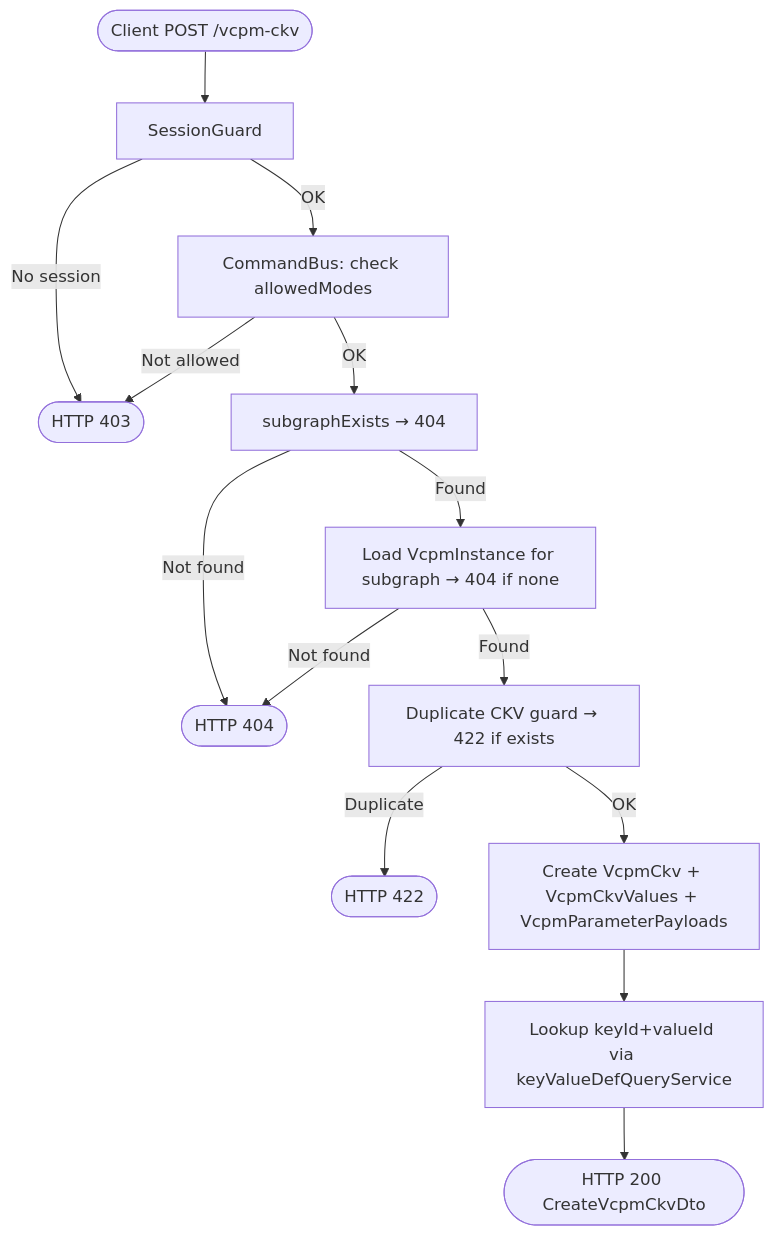
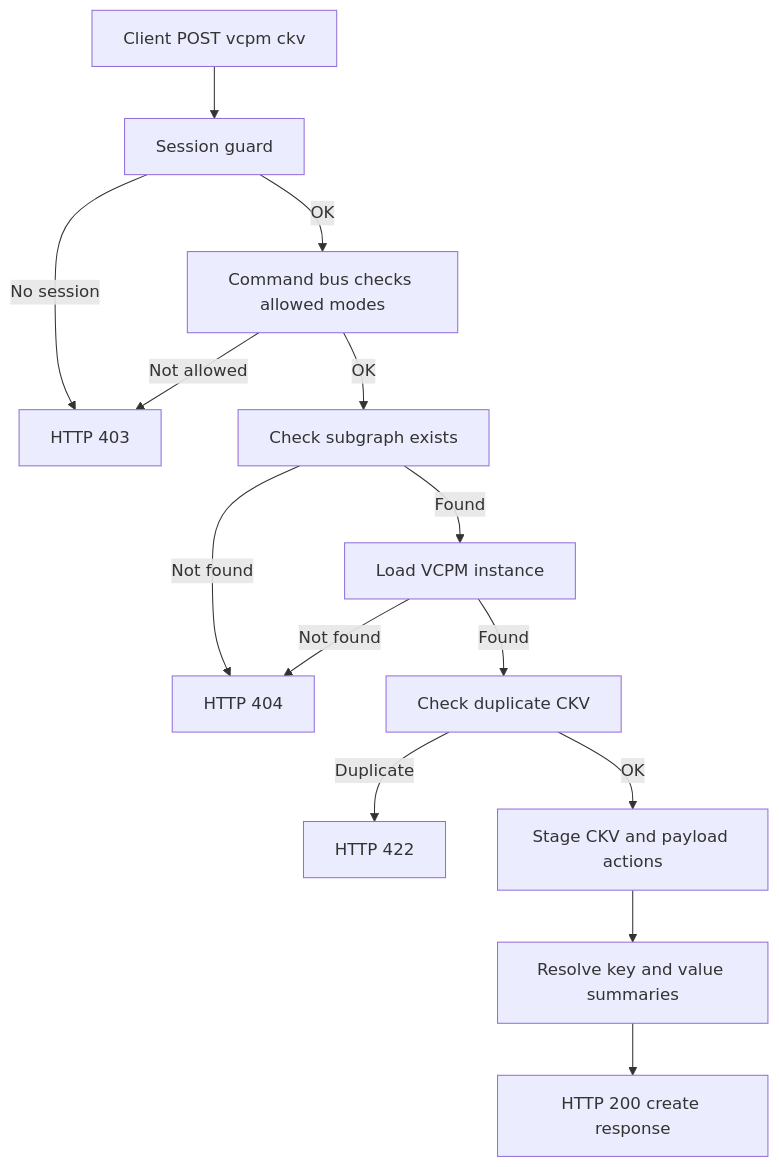
One commit to AudioReach/audioreach-creator-backend changed the first of 3 diagrams in docs/property-data/design/set-subgraph-vcpm-ckv-design.md. Above: the diagram before and after it, drawn with Mermaid. The commit also changed other lines of this file and 34 other files, not shown here.

````diff
--- a/docs/property-data/design/set-subgraph-vcpm-ckv-design.md
+++ b/docs/property-data/design/set-subgraph-vcpm-ckv-design.md
@@ -39,16 +55,16 @@
 ```mermaid
 flowchart TD
-    A([Client POST /vcpm-ckv]) --> B[SessionGuard]
-    B -->|No session| C([HTTP 403])
-    B -->|OK| D[CommandBus: check allowedModes]
+    A["Client POST vcpm ckv"] --> B["Session guard"]
+    B -->|No session| C["HTTP 403"]
+    B -->|OK| D["Command bus checks allowed modes"]
     D -->|Not allowed| C
-    D -->|OK| E[subgraphExists → 404]
-    E -->|Not found| F([HTTP 404])
-    E -->|Found| G[Load VcpmInstance for subgraph → 404 if none]
+    D -->|OK| E["Check subgraph exists"]
+    E -->|Not found| F["HTTP 404"]
+    E -->|Found| G["Load VCPM instance"]
     G -->|Not found| F
-    G -->|Found| H[Duplicate CKV guard → 422 if exists]
-    H -->|Duplicate| I([HTTP 422])
-    H -->|OK| J[Create VcpmCkv + VcpmCkvValues + VcpmParameterPayloads]
-    J --> K[Lookup keyId+valueId via keyValueDefQueryService]
-    K --> L([HTTP 200 CreateVcpmCkvDto])
+    G -->|Found| H["Check duplicate CKV"]
+    H -->|Duplicate| I["HTTP 422"]
+    H -->|OK| J["Stage CKV and payload actions"]
+    J --> K["Resolve key and value summaries"]
+    K --> L["HTTP 200 create response"]
 ```
````
